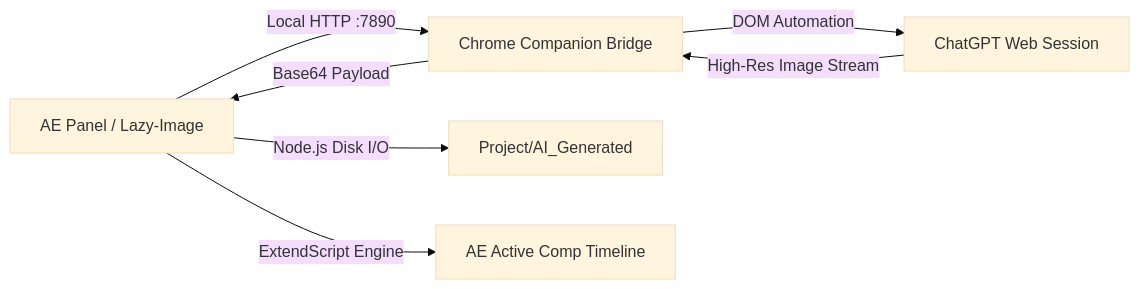
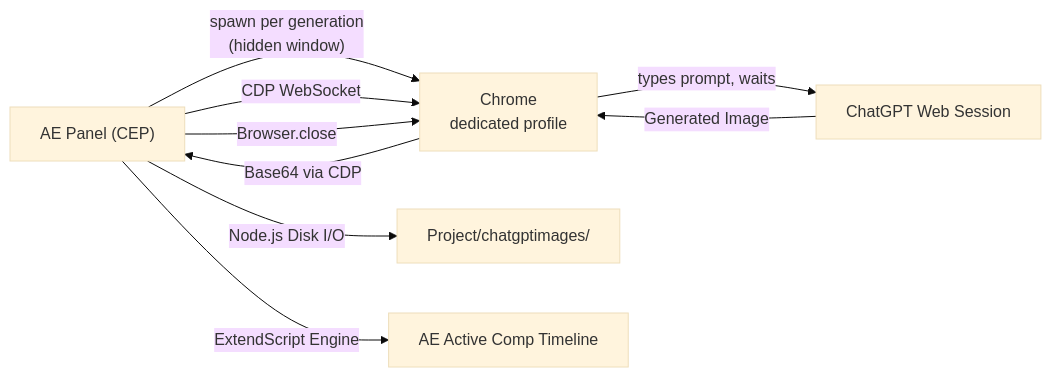
One commit to raisulsohan/LazyImageGeneration changed the diagram in README.md. Above: the diagram before and after it, drawn with Mermaid (base theme). The commit also changed other lines of this file and 13 other files, not shown here.

First line of the commit message:
Replace Chrome extension with invisible on-demand Chrome via CDP

````diff
--- a/README.md
+++ b/README.md
@@ -39,9 +46,11 @@
 ```mermaid
 graph LR
-    A[AE Panel / Lazy-Image] -- Local HTTP :7890 --> B[Chrome Companion Bridge]
-    B -- DOM Automation --> C[ChatGPT Web Session]
-    C -- High-Res Image Stream --> B
-    B -- Base64 Payload --> A
-    A -- Node.js Disk I/O --> D[Project/AI_Generated]
-    A -- ExtendScript Engine --> E[AE Active Comp Timeline]
+    A["AE Panel (CEP)"] -- "spawn per generation<br/>(hidden window)" --> B["Chrome<br/>dedicated profile"]
+    A -- "CDP WebSocket" --> B
+    B -- "types prompt, waits" --> C["ChatGPT Web Session"]
+    C -- "Generated Image" --> B
+    B -- "Base64 via CDP" --> A
+    A -- "Browser.close" --> B
+    A -- "Node.js Disk I/O" --> D["Project/chatgptimages/"]
+    A -- "ExtendScript Engine" --> E["AE Active Comp Timeline"]
 ```
````
